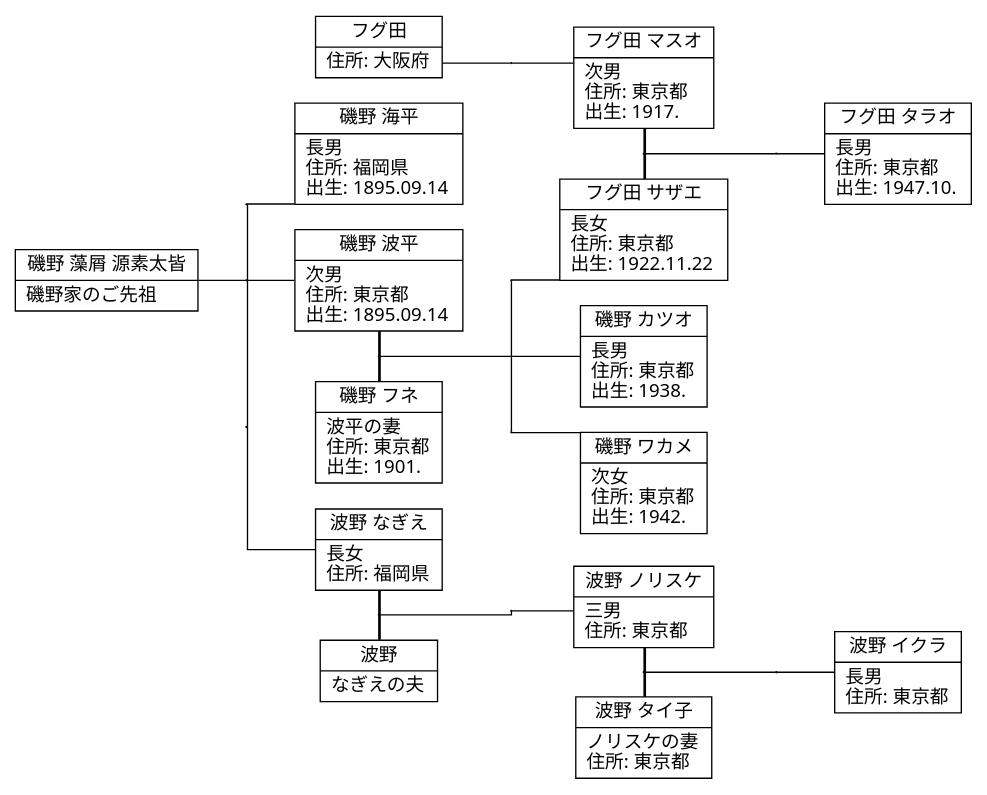
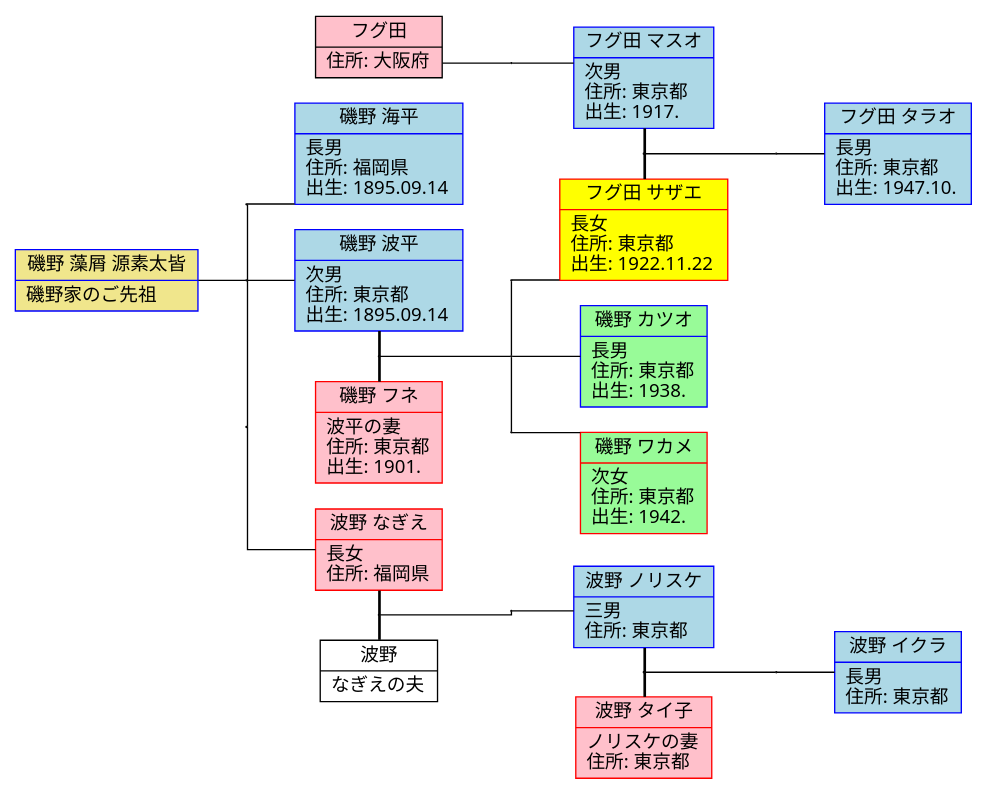
One commit to TakeAsh/PdgToDot changed the diagram in Samples/Isono_LR.dot. Above: the diagram before and after it, drawn with Graphviz. The commit also changed 9 other files, not shown here.

```diff
--- a/Samples/Isono_LR.dot
+++ b/Samples/Isono_LR.dot
@@ -1,88 +1,93 @@
 graph "磯野家 家系図" {
 graph [charset="UTF-8", rankdir="LR", splines="ortho"]
 node [fontname="Sans", shape="record"]
 
 // dpi 150
 
 
-Isono_Mokuzu [label=" 磯野&nbsp;藻屑&nbsp;源素太皆| 磯野家のご先祖\l"]
 
-Fuguta_Haha [label=" フグ田| 住所:&nbsp;大阪府\l"]
 
-Isono_Umihei [label=" 磯野&nbsp;海平| 長男\l住所:&nbsp;福岡県\l出生:&nbsp;1895.09.14\l"]
 
-Isono_Namihei [label=" 磯野&nbsp;波平| 次男\l住所:&nbsp;東京都\l出生:&nbsp;1895.09.14\l"]
 
-Isono_Fune [label=" 磯野&nbsp;フネ| 波平の妻\l住所:&nbsp;東京都\l出生:&nbsp;1901.\l"]
 
-Namino_Nagie [label=" 波野&nbsp;なぎえ| 長女\l住所:&nbsp;福岡県\l"]
+Isono_Mokuzu [color="blue", fillcolor="khaki", label=" 磯野&nbsp;藻屑&nbsp;源素太皆| 磯野家のご先祖\l", style="filled"]
+
+Fuguta_Haha [fillcolor="pink", label=" フグ田| 住所:&nbsp;大阪府\l", style="filled"]
+
+Isono_Umihei [color="blue", fillcolor="lightblue", label=" 磯野&nbsp;海平| 長男\l住所:&nbsp;福岡県\l出生:&nbsp;1895.09.14\l", style="filled"]
+
+Isono_Namihei [color="blue", fillcolor="lightblue", label=" 磯野&nbsp;波平| 次男\l住所:&nbsp;東京都\l出生:&nbsp;1895.09.14\l", style="filled"]
+
+Isono_Fune [color="red", fillcolor="pink", label=" 磯野&nbsp;フネ| 波平の妻\l住所:&nbsp;東京都\l出生:&nbsp;1901.\l", style="filled"]
+
+Namino_Nagie [color="red", fillcolor="pink", label=" 波野&nbsp;なぎえ| 長女\l住所:&nbsp;福岡県\l", style="filled"]
 
 Namino_NagieOtto [label=" 波野| なぎえの夫\l"]
 
-Fuguta_Masuo [label=" フグ田&nbsp;マスオ| 次男\l住所:&nbsp;東京都\l出生:&nbsp;1917.\l"]
+Fuguta_Masuo [color="blue", fillcolor="lightblue", label=" フグ田&nbsp;マスオ| 次男\l住所:&nbsp;東京都\l出生:&nbsp;1917.\l", style="filled"]
 
-Fuguta_Sazae [label=" フグ田&nbsp;サザエ| 長女\l住所:&nbsp;東京都\l出生:&nbsp;1922.11.22\l"]
+Fuguta_Sazae [color="red", fillcolor="yellow", label=" フグ田&nbsp;サザエ| 長女\l住所:&nbsp;東京都\l出生:&nbsp;1922.11.22\l", style="filled"]
 
-Isono_Katsuo [label=" 磯野&nbsp;カツオ| 長男\l住所:&nbsp;東京都\l出生:&nbsp;1938.\l"]
+Isono_Katsuo [color="blue", fillcolor="palegreen", label=" 磯野&nbsp;カツオ| 長男\l住所:&nbsp;東京都\l出生:&nbsp;1938.\l", style="filled"]
 
-Isono_Wakame [label=" 磯野&nbsp;ワカメ| 次女\l住所:&nbsp;東京都\l出生:&nbsp;1942.\l"]
+Isono_Wakame [color="red", fillcolor="palegreen", label=" 磯野&nbsp;ワカメ| 次女\l住所:&nbsp;東京都\l出生:&nbsp;1942.\l", style="filled"]
 
-Namino_Norisuke [label=" 波野&nbsp;ノリスケ| 三男\l住所:&nbsp;東京都\l"]
+Namino_Norisuke [color="blue", fillcolor="lightblue", label=" 波野&nbsp;ノリスケ| 三男\l住所:&nbsp;東京都\l", style="filled"]
 
-Namino_Taiko [label=" 波野&nbsp;タイ子| ノリスケの妻\l住所:&nbsp;東京都\l"]
+Namino_Taiko [color="red", fillcolor="pink", label=" 波野&nbsp;タイ子| ノリスケの妻\l住所:&nbsp;東京都\l", style="filled"]
 
-Fuguta_Tarao [label=" フグ田&nbsp;タラオ| 長男\l住所:&nbsp;東京都\l出生:&nbsp;1947.10.\l"]
+Fuguta_Tarao [color="blue", fillcolor="lightblue", label=" フグ田&nbsp;タラオ| 長男\l住所:&nbsp;東京都\l出生:&nbsp;1947.10.\l", style="filled"]
 
-Namino_Ikura [label=" 波野&nbsp;イクラ| 長男\l住所:&nbsp;東京都\l"]
+Namino_Ikura [color="blue", fillcolor="lightblue", label=" 波野&nbsp;イクラ| 長男\l住所:&nbsp;東京都\l", style="filled"]
 
 // {rank=same; Isono_Mokuzu [style=invis]}
 
 {rank=same; Fuguta_Haha -- Isono_Umihei -- Isono_Namihei -- Namino_Nagie [style=invis]}
 
 {rank=same; Fuguta_Masuo -- Fuguta_Sazae -- Isono_Katsuo -- Isono_Wakame -- Namino_Norisuke [style=invis]}
 
 // {rank=same; Fuguta_Tarao -- Namino_Ikura [style=invis]}
 
 f0_c0 [height="0.01", shape="point", width="0.01"]
 f0_c1 [height="0.01", shape="point", width="0.01"]
 f0_c2 [height="0.01", shape="point", width="0.01"]
 {rank=same; f0_c0 -- f0_c1 -- f0_c2}
 Isono_Mokuzu -- f0_c1
 f0_c0 -- Isono_Umihei
 f0_c1 -- Isono_Namihei
 f0_c2 -- Namino_Nagie
 
 f1_c [height="0.01", shape="point", width="0.01"]
 Fuguta_Haha -- f1_c
 f1_c -- Fuguta_Masuo
 
 f2_p [height="0.01", shape="point", width="0.01"]
 f2_c0 [height="0.01", shape="point", width="0.01"]
 f2_c1 [height="0.01", shape="point", width="0.01"]
 f2_c2 [height="0.01", shape="point", width="0.01"]
 {rank=same; Isono_Namihei -- f2_p -- Isono_Fune [style=bold]}
 {rank=same; f2_c0 -- f2_c1 -- f2_c2}
 f2_p -- f2_c1
 f2_c0 -- Fuguta_Sazae
 f2_c1 -- Isono_Katsuo
 f2_c2 -- Isono_Wakame
 
 f3_p [height="0.01", shape="point", width="0.01"]
 f3_c [height="0.01", shape="point", width="0.01"]
 {rank=same; Namino_Nagie -- f3_p -- Namino_NagieOtto [style=bold]}
 f3_p -- f3_c
 f3_c -- Namino_Norisuke
 
 f4_p [height="0.01", shape="point", width="0.01"]
 f4_c [height="0.01", shape="point", width="0.01"]
 {rank=same; Fuguta_Masuo -- f4_p -- Fuguta_Sazae [style=bold]}
 f4_p -- f4_c
 f4_c -- Fuguta_Tarao
 
 f5_p [height="0.01", shape="point", width="0.01"]
 f5_c [height="0.01", shape="point", width="0.01"]
 {rank=same; Namino_Norisuke -- f5_p -- Namino_Taiko [style=bold]}
 f5_p -- f5_c
 f5_c -- Namino_Ikura
 
 }
```
